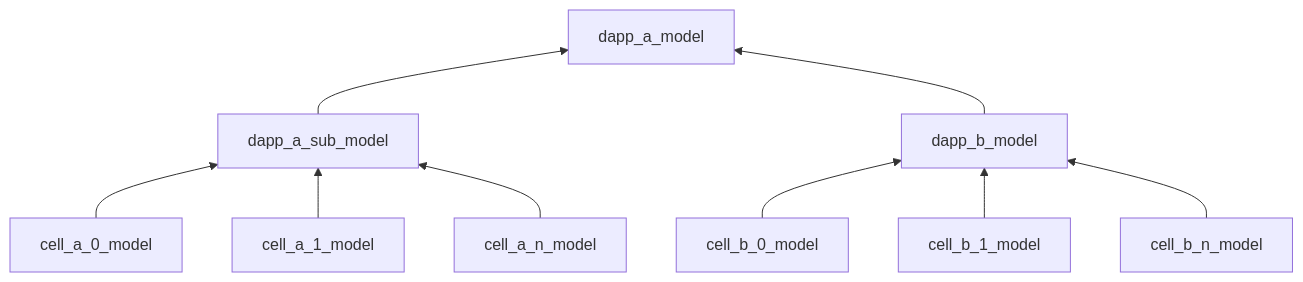
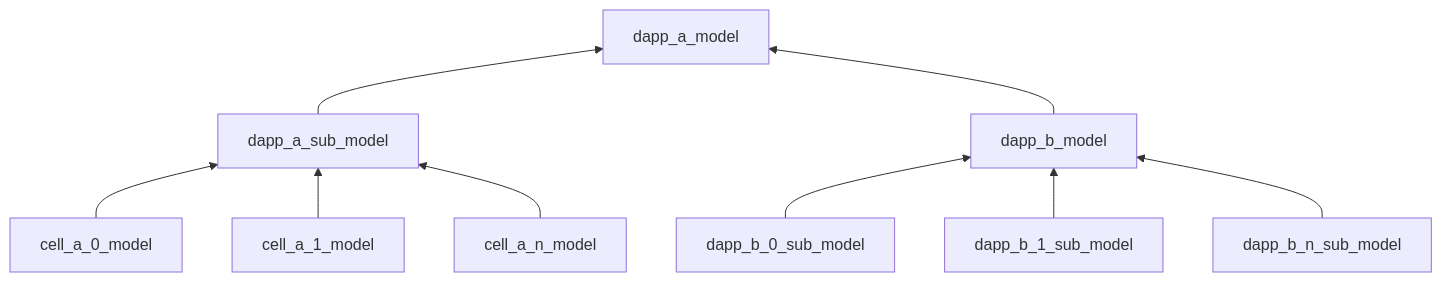
The second of 2 diagrams in README.md (ckb-js/topics), drawn with Mermaid before and after one commit. The commit also changed other lines of this file, not shown here.

````diff
--- a/README.md
+++ b/README.md
@@ -207,13 +230,13 @@
 ```mermaid
 flowchart BT
 
 cell_a_0_model --> dapp_a_sub_model
 cell_a_1_model --> dapp_a_sub_model
 cell_a_n_model --> dapp_a_sub_model
 dapp_a_sub_model --> dapp_a_model
 
-cell_b_0_model --> dapp_b_model
-cell_b_1_model --> dapp_b_model
-cell_b_n_model --> dapp_b_model
+dapp_b_0_sub_model --> dapp_b_model
+dapp_b_1_sub_model --> dapp_b_model
+dapp_b_n_sub_model --> dapp_b_model
 dapp_b_model --> dapp_a_model
 ```
````
